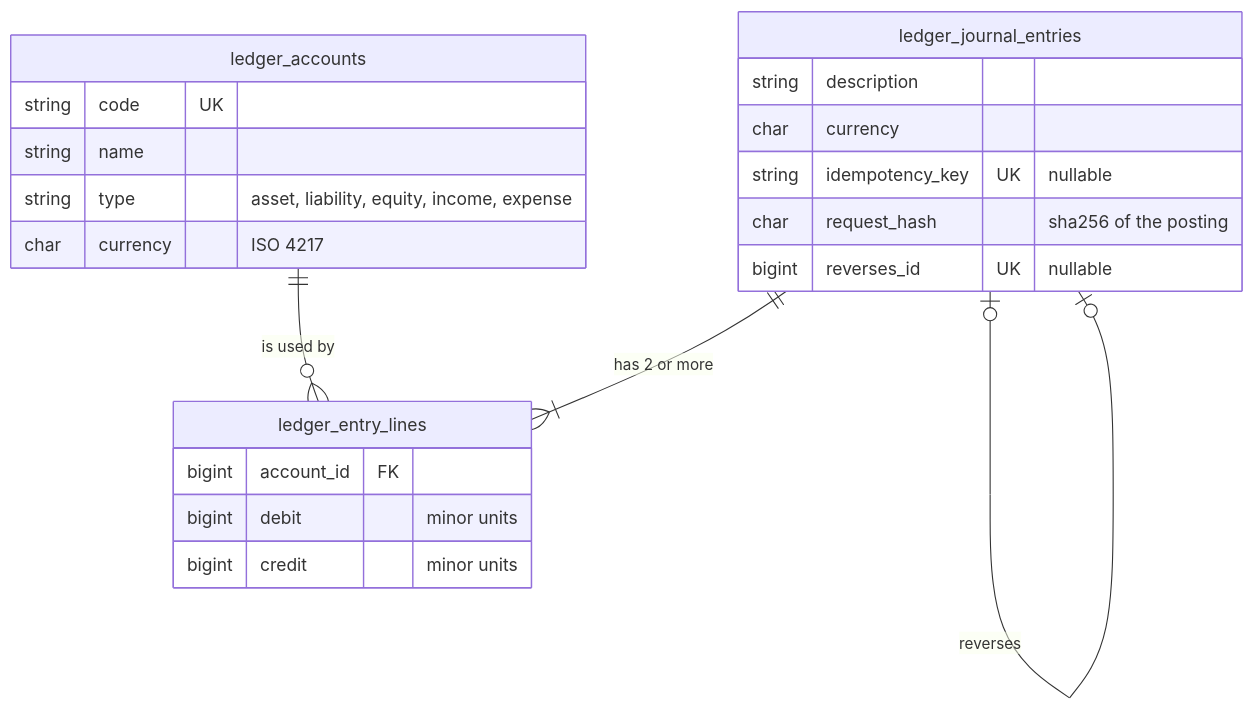
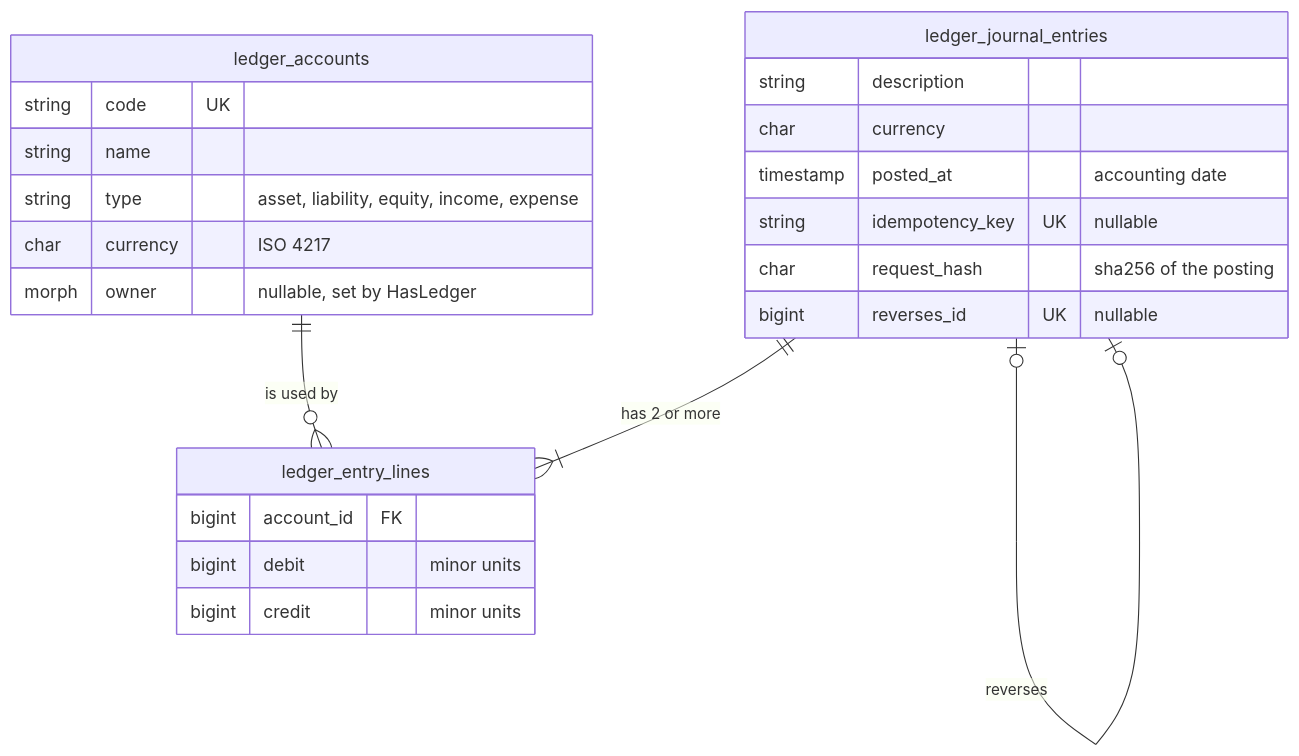
One commit to arkhan0072-dev/laravel-ledger changed the diagram in README.md. Above: the diagram before and after it, drawn with Mermaid. The commit also changed other lines of this file and 2 other files, not shown here.

````diff
--- a/README.md
+++ b/README.md
@@ -19,25 +23,27 @@
 ```mermaid
 erDiagram
     ledger_accounts ||--o{ ledger_entry_lines : "is used by"
     ledger_journal_entries ||--|{ ledger_entry_lines : "has 2 or more"
     ledger_journal_entries |o--o| ledger_journal_entries : "reverses"
 
     ledger_accounts {
         string code UK
         string name
         string type "asset, liability, equity, income, expense"
         char currency "ISO 4217"
+        morph owner "nullable, set by HasLedger"
     }
     ledger_journal_entries {
         string description
         char currency
+        timestamp posted_at "accounting date"
         string idempotency_key UK "nullable"
         char request_hash "sha256 of the posting"
         bigint reverses_id UK "nullable"
     }
     ledger_entry_lines {
         bigint account_id FK
         bigint debit "minor units"
         bigint credit "minor units"
     }
 ```
````
